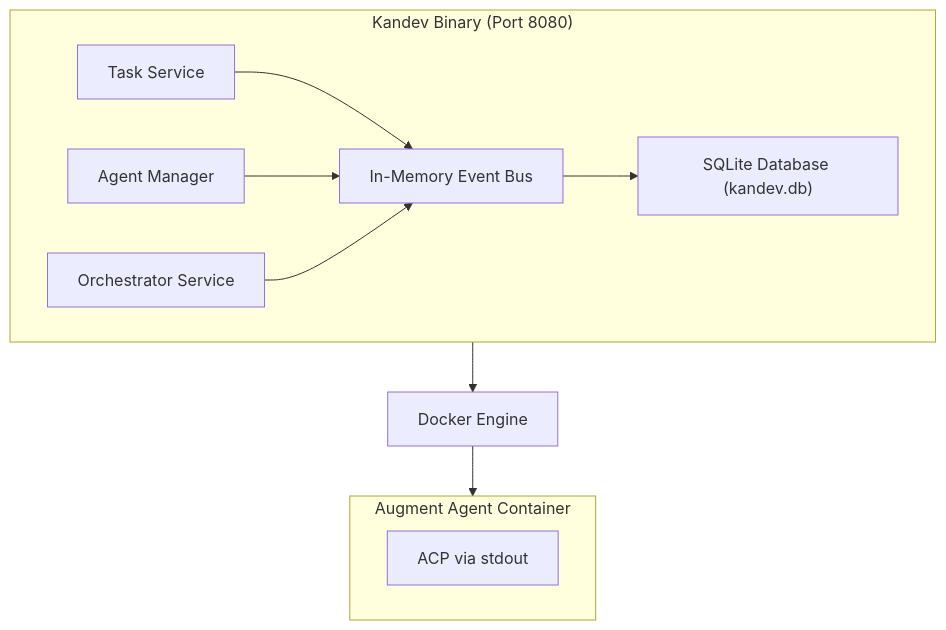
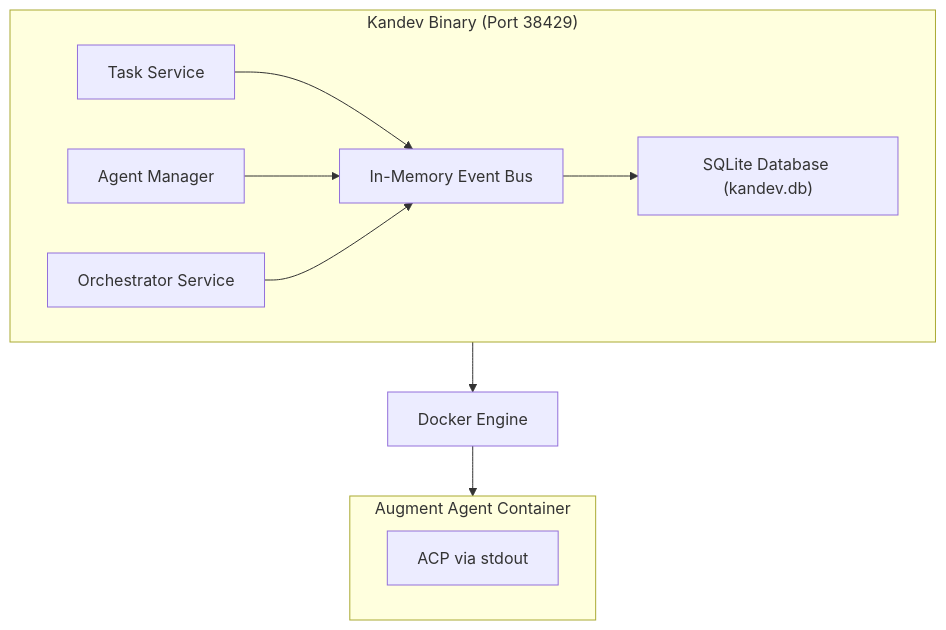
The first of 3 diagrams in docs/ARCHITECTURE.md (kdlbs/kandev), drawn with Mermaid before and after one commit. The commit also changed 28 other files, not shown here.

````diff
--- a/docs/ARCHITECTURE.md
+++ b/docs/ARCHITECTURE.md
@@ -27,19 +27,19 @@
 ```mermaid
 flowchart TB
-    subgraph Binary["Kandev Binary (Port 8080)"]
+    subgraph Binary["Kandev Binary (Port 38429)"]
         Task["Task Service"]
         Agent["Agent Manager"]
         Orch["Orchestrator Service"]
 
         Task & Agent & Orch --> EventBus["In-Memory Event Bus"]
         EventBus --> DB["SQLite Database (kandev.db)"]
     end
 
     Binary --> Docker["Docker Engine"]
 
     subgraph Container["Augment Agent Container"]
         ACP["ACP via stdout"]
     end
 
     Docker --> Container
 ```
````
